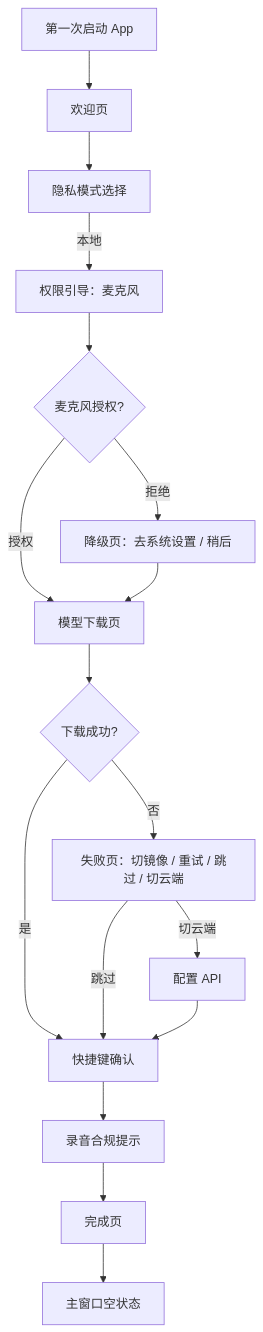
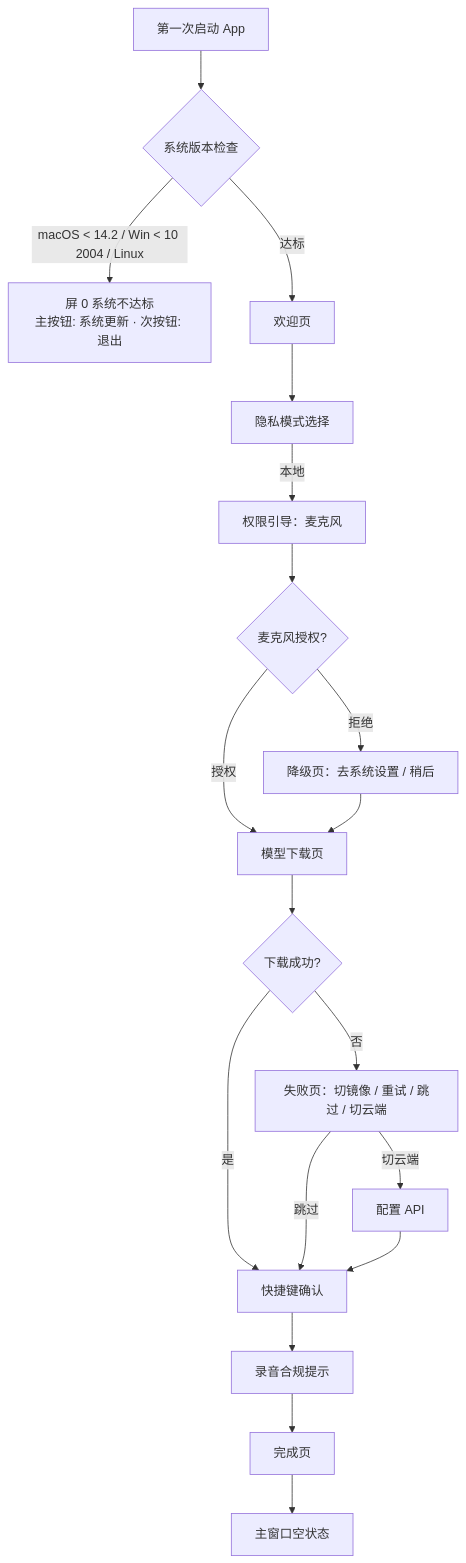
Before and after one commit to momaek/lazyaudio: the first of 6 diagrams in docs/02-design/user-flows.md, drawn with Mermaid. The commit also changed other lines of this file and 6 other files, not shown here.

````diff
--- a/docs/02-design/user-flows.md
+++ b/docs/02-design/user-flows.md
@@ -25,19 +25,21 @@
 ```mermaid
 flowchart TD
-  A[第一次启动 App] --> B[欢迎页]
+  A[第一次启动 App] --> Z{系统版本检查}
+  Z -->|macOS < 14.2 / Win < 10 2004 / Linux| Z0[屏 0 系统不达标<br/>主按钮: 系统更新 · 次按钮: 退出]
+  Z -->|达标| B[欢迎页]
   B --> C[隐私模式选择]
   C -->|本地| D[权限引导：麦克风]
   D --> E{麦克风授权?}
   E -->|授权| F[模型下载页]
   E -->|拒绝| G[降级页：去系统设置 / 稍后]
   G --> F
   F --> H{下载成功?}
   H -->|是| I[快捷键确认]
   H -->|否| J[失败页：切镜像 / 重试 / 跳过 / 切云端]
   J -->|跳过| I
   J -->|切云端| K[配置 API]
   K --> I
   I --> L[录音合规提示]
   L --> M[完成页]
   M --> N[主窗口空状态]
 ```
````
